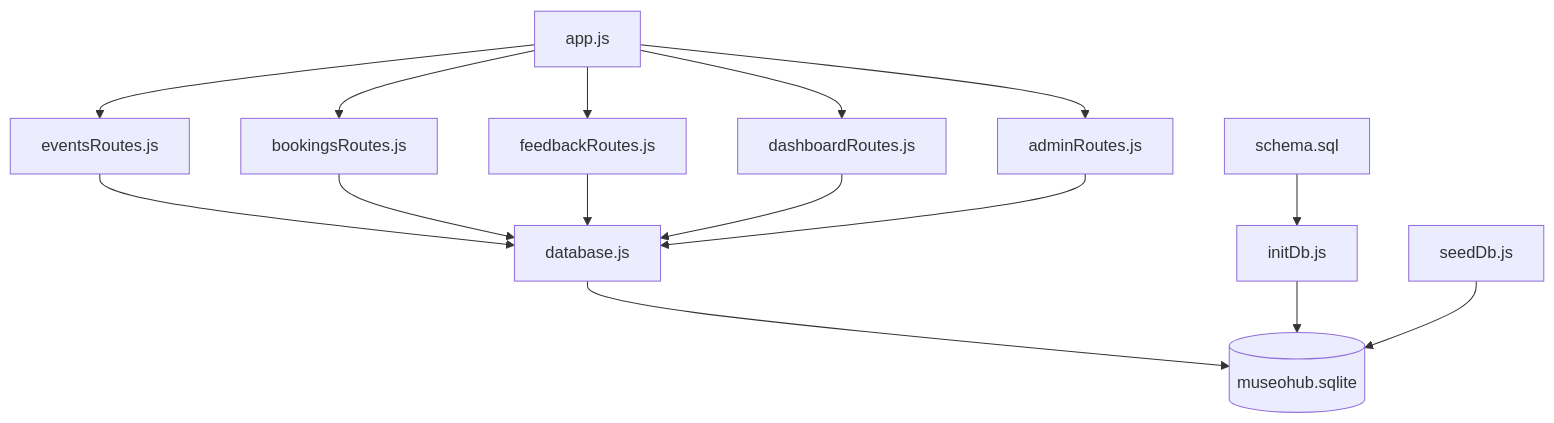
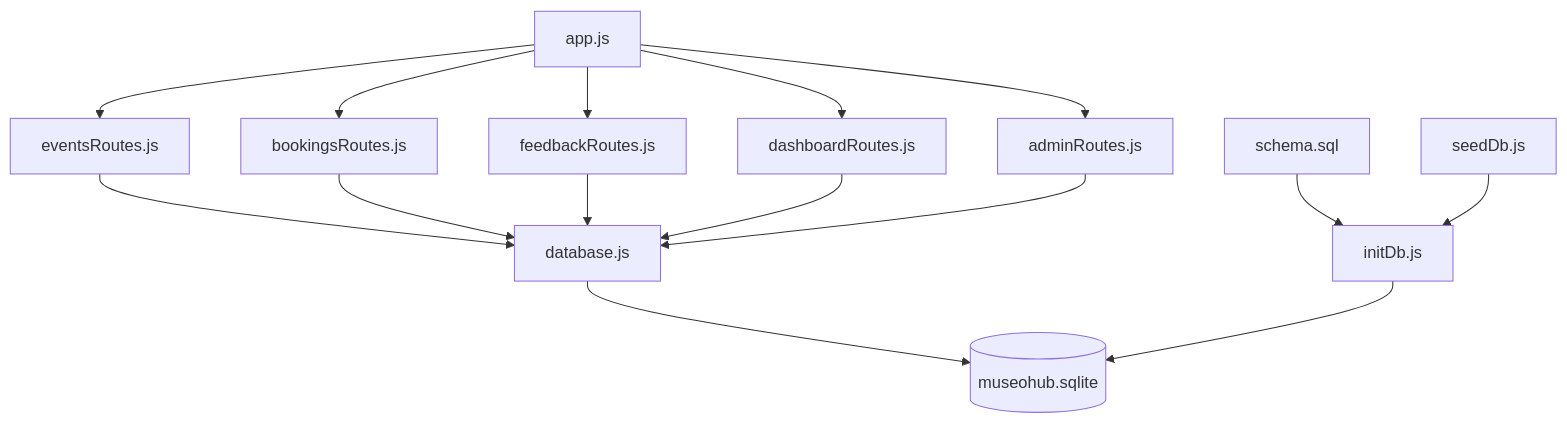
The second of 2 diagrams in docs/diagrams/architettura.md (RobertoCastelli/museo-hub), drawn with Mermaid before and after one commit. The commit also changed other lines of this file and 3 other files, not shown here.

````diff
--- a/docs/diagrams/architettura.md
+++ b/docs/diagrams/architettura.md
@@ -25,21 +25,20 @@
 ```mermaid
 flowchart TD
-    APP[app.js] --> EVENTS[eventsRoutes.js]
-    APP --> BOOKINGS[bookingsRoutes.js]
-    APP --> FEEDBACK[feedbackRoutes.js]
-    APP --> DASHBOARD[dashboardRoutes.js]
-    APP --> ADMIN[adminRoutes.js]
+    APP["app.js"] --> EVENTS["eventsRoutes.js"]
+    APP --> BOOKINGS["bookingsRoutes.js"]
+    APP --> FEEDBACK["feedbackRoutes.js"]
+    APP --> DASHBOARD["dashboardRoutes.js"]
+    APP --> ADMIN["adminRoutes.js"]
 
-    EVENTS --> DBJS[database.js]
+    EVENTS --> DBJS["database.js"]
     BOOKINGS --> DBJS
     FEEDBACK --> DBJS
     DASHBOARD --> DBJS
     ADMIN --> DBJS
 
-    DBJS --> SQLITE[(museohub.sqlite)]
+    DBJS --> SQLITE[("museohub.sqlite")]
 
-    SCHEMA[schema.sql] --> INIT[initDb.js]
+    SCHEMA["schema.sql"] --> INIT["initDb.js"]
+    SEED["seedDb.js"] --> INIT
     INIT --> SQLITE
-
-    SEED[seedDb.js] --> SQLITE
 ```
````
